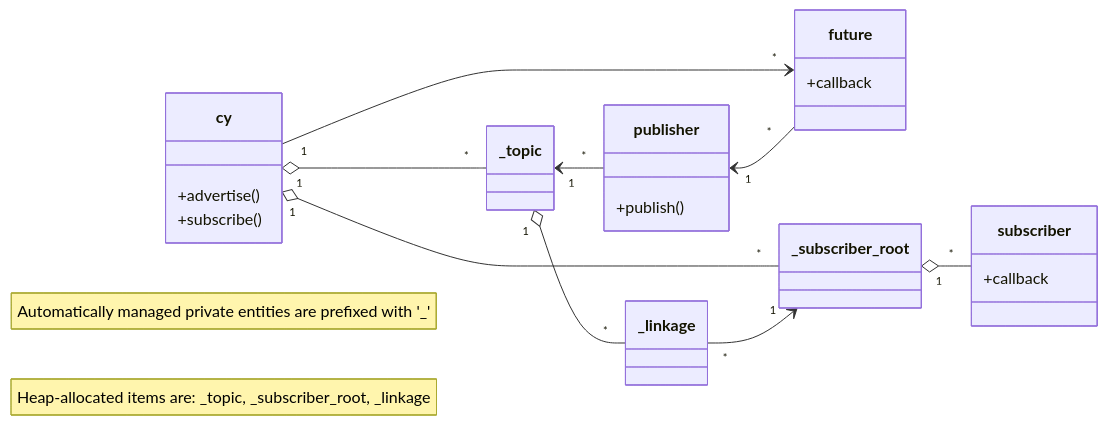
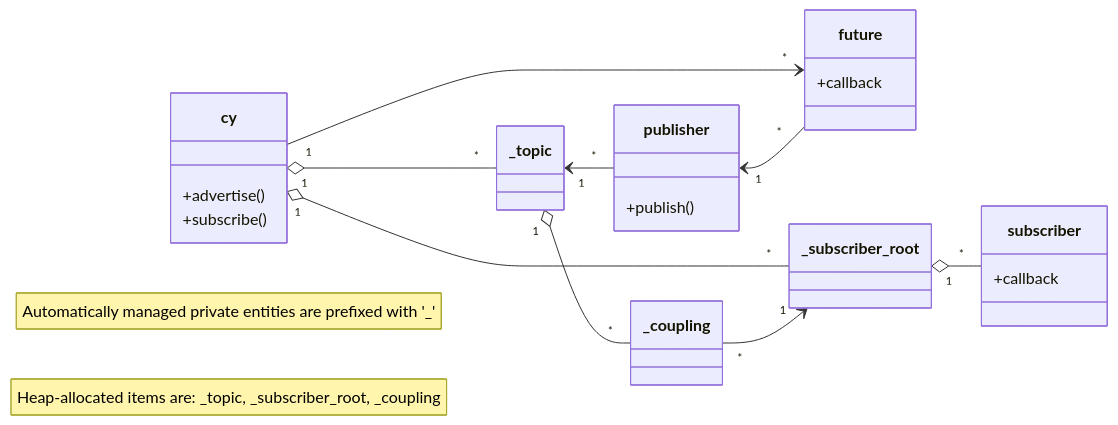
The diagram in README.md (OpenCyphal-Garage/cy), drawn with Mermaid before and after one commit. The commit also changed 6 other files, not shown here.

````diff
--- a/README.md
+++ b/README.md
@@ -250,27 +250,27 @@
 ```mermaid
 classDiagram
 direction LR
     class cy {
         +advertise()
         +subscribe()
     }
     class publisher {
         +publish()
     }
     class subscriber {
         +callback
     }
     class future {
         +callback
     }
     cy "1" o-- "*" _topic
     cy "1" o-- "*" _subscriber_root
     cy "1" --> "*" future
-    _topic "1" o-- "*" _linkage
+    _topic "1" o-- "*" _coupling
     _topic "1" <-- "*" publisher
     publisher "1" <-- "*" future
-    _linkage "*" --> "1" _subscriber_root
+    _coupling "*" --> "1" _subscriber_root
     _subscriber_root "1" o-- "*" subscriber
     note "Automatically managed private entities are prefixed with '_'"
-    note "Heap-allocated items are: _topic, _subscriber_root, _linkage"
+    note "Heap-allocated items are: _topic, _subscriber_root, _coupling"
 ```
````
